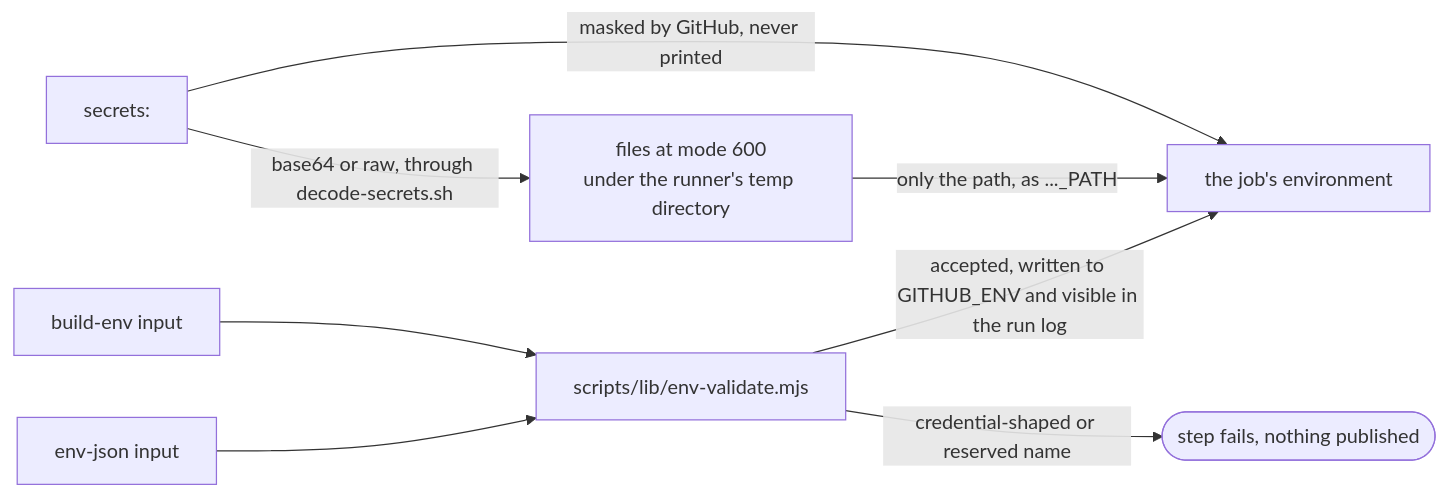
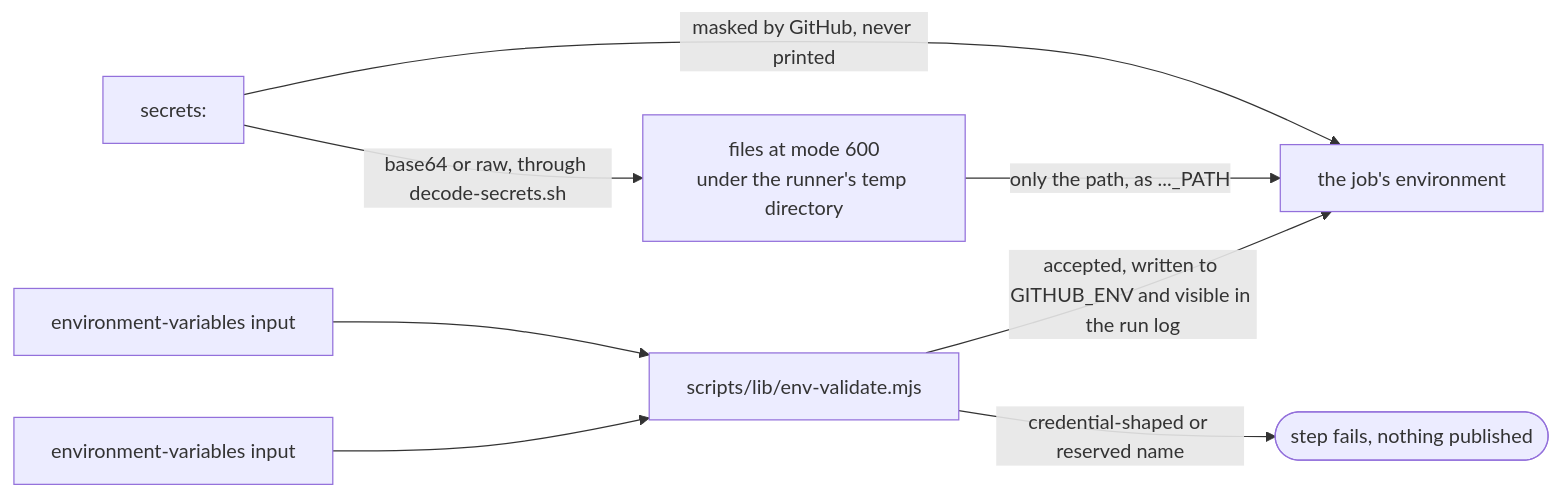
Before and after one commit to blinkbitcoin/shared-workflows: the third of 5 diagrams in docs/consumer-guide.md, drawn with Mermaid. The commit also changed other lines of this file and 156 other files, not shown here.

````diff
--- a/docs/consumer-guide.md
+++ b/docs/consumer-guide.md
@@ -558,17 +558,17 @@
 ```mermaid
 flowchart LR
   secrets["secrets:"]
-  buildenv["build-env input"]
-  envjson["env-json input"]
+  buildenv["environment-variables input"]
+  envjson["environment-variables input"]
   validate["scripts/lib/env-validate.mjs"]
   refused(["step fails, nothing published"])
   laneenv["the job's environment"]
   files["files at mode 600<br/>under the runner's temp directory"]
   secrets -->|"masked by GitHub, never printed"| laneenv
   secrets -->|"base64 or raw, through decode-secrets.sh"| files
   files -->|"only the path, as ..._PATH"| laneenv
   buildenv --> validate
   envjson --> validate
   validate -->|"credential-shaped or reserved name"| refused
   validate -->|"accepted, written to GITHUB_ENV and visible in the run log"| laneenv
 ```
````
